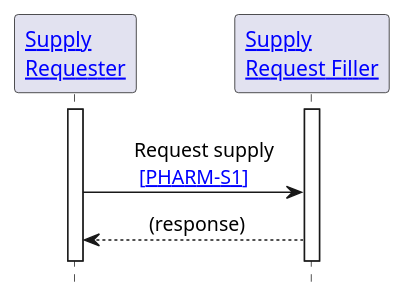
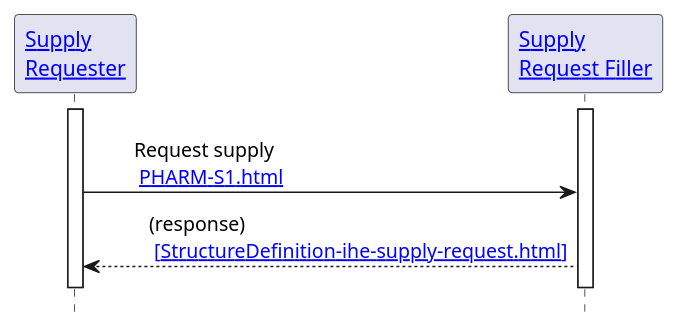
Before and after one commit to IHE/pharm-supply: the diagram in input/images-source/pharm-s2.plantuml, drawn with PlantUML. The commit also changed 10 other files, not shown here.

```diff
--- a/input/images-source/pharm-s2.plantuml
+++ b/input/images-source/pharm-s2.plantuml
@@ -1,22 +1,22 @@
 @startuml
 
 hide footbox
 
 '!include ./style.iuml
 
 
 Participant "[[actors_and_transactions.html#supply-requester Supply\nRequester]]" as SR
 Participant "[[actors_and_transactions.html#supply-request-filler Supply\nRequest Filler]]" as RF
 
 activate SR
 activate RF
 
-SR -[hidden]> RF
-SR -> RF: \tRequest supply \n\t [[PHARM-S1.html{Supply Request} ~[PHARM-S1~]]]
-SR <-- RF: \t(response)\t
+SR -[hidden]> RF 
+SR -> RF: \tRequest supply \n\t [[PHARM-S1.html{Supply Request Status} ]]
+SR <-- RF: \t(response)\n\t [[PHARM-S1.html{Supply Request Status} ~[StructureDefinition-ihe-supply-request.html~]]]
 SR -[hidden]> RF
 
 deactivate SR
 deactivate RF
 
 @enduml
```
